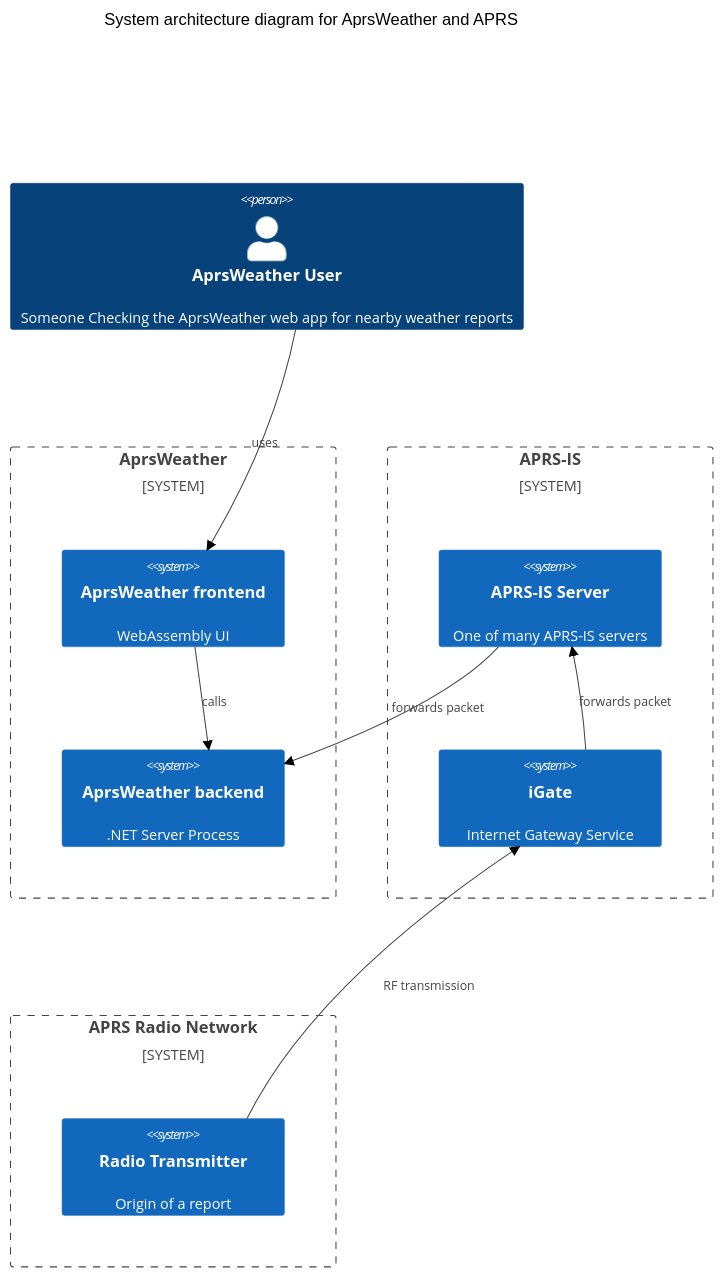
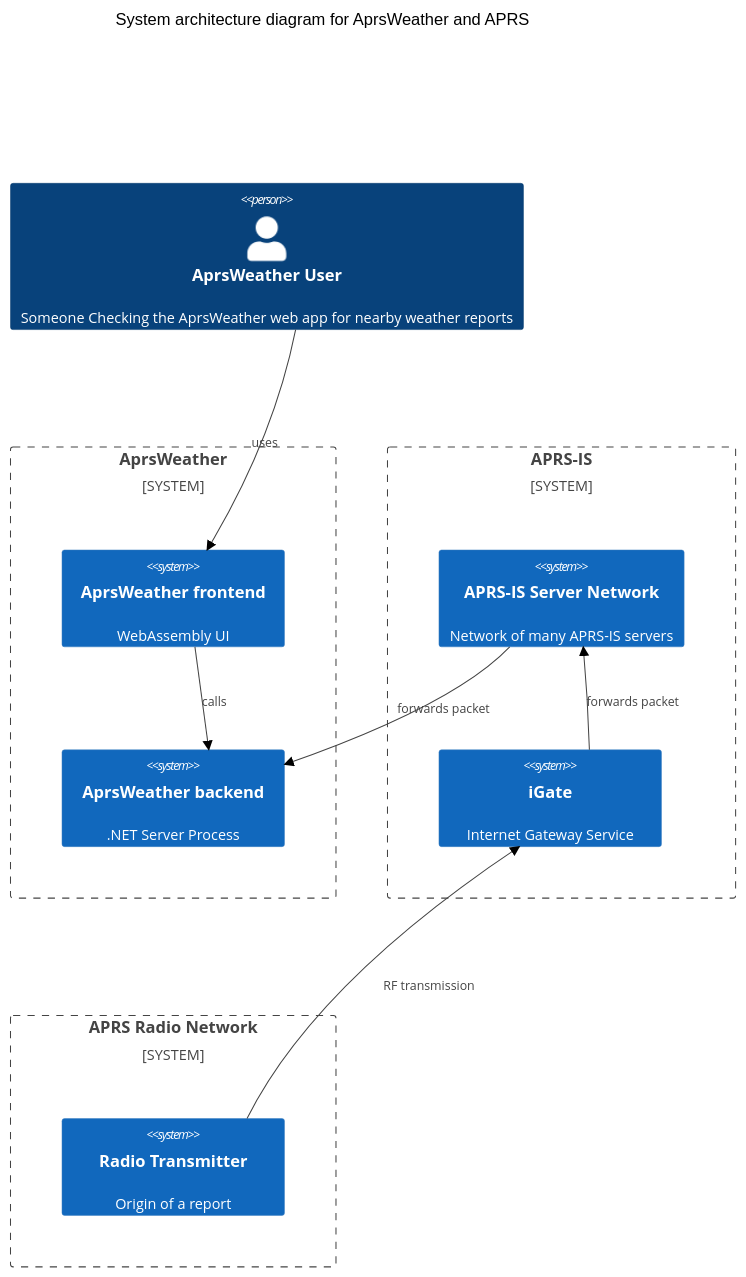
Before and after one commit to CBielstein/AprsWeather: the first of 2 diagrams in README.md, drawn with Mermaid (neutral theme). The commit also changed other lines of this file, not shown here.

Commit message:
First pass at data flowchart

````diff
--- a/README.md
+++ b/README.md
@@ -24,30 +24,30 @@
 ```mermaid
 C4Context
     title System architecture diagram for AprsWeather and APRS
 
     Person(webUser, "AprsWeather User", "Someone Checking the AprsWeather web app for nearby weather reports")
 
     System_Boundary(aprsWeather, "AprsWeather") {
         System(aprsWeatherFrontend, "AprsWeather frontend", "WebAssembly UI")
         System(aprsWeatherBackend, "AprsWeather backend", ".NET Server Process")
 
         Rel(aprsWeatherFrontend, aprsWeatherBackend, "calls")
     }
 
     Rel(webUser, aprsWeatherFrontend, "uses")
 
     System_Boundary(aprsIs, "APRS-IS", "Internet Service for APRS") {
-        System(aprsServer, "APRS-IS Server", "One of many APRS-IS servers")
+        System(aprsServer, "APRS-IS Server Network", "Network of many APRS-IS servers")
         System(iGate, "iGate", "Internet Gateway Service")
 
         Rel(iGate, aprsServer, "forwards packet")
     }
 
     Rel(aprsServer, aprsWeatherBackend, "forwards packet")
 
     System_Boundary(aprsRf, "APRS Radio Network", "The network of radio transceivers communicating via radio frequency transmissions") {
         System(transmitter, "Radio Transmitter", "Origin of a report")
     }
 
     Rel(transmitter, iGate, "RF transmission")
 ```
````
